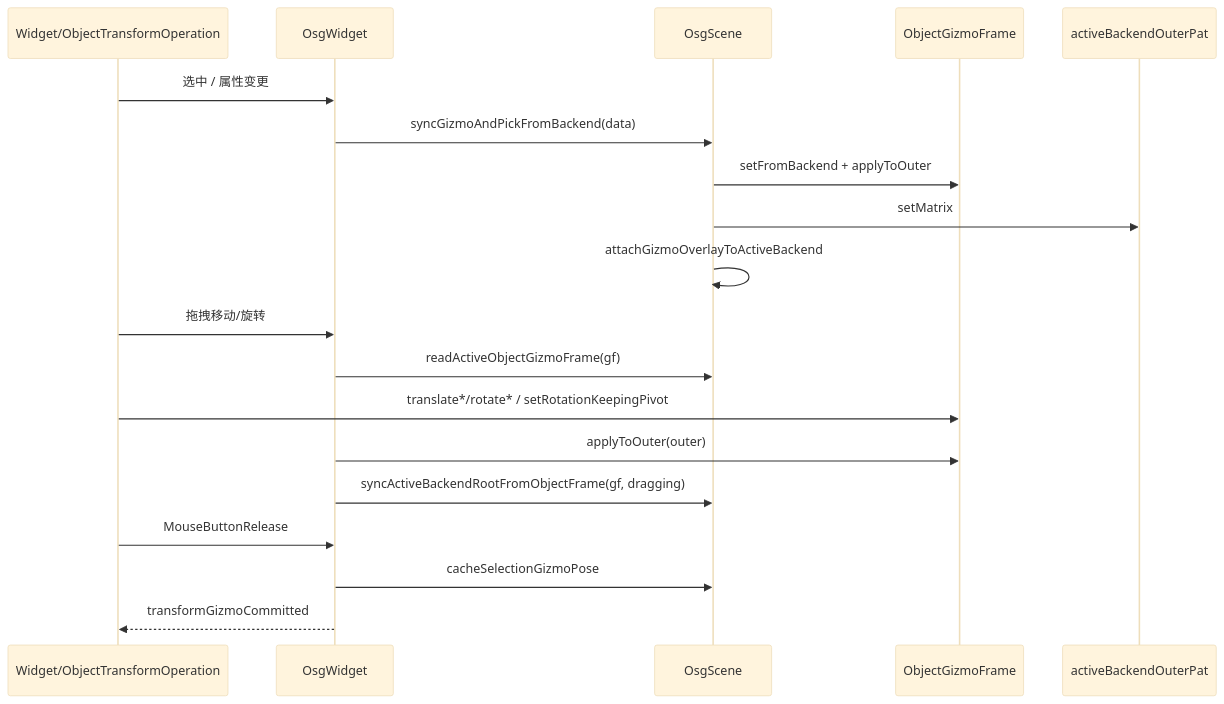
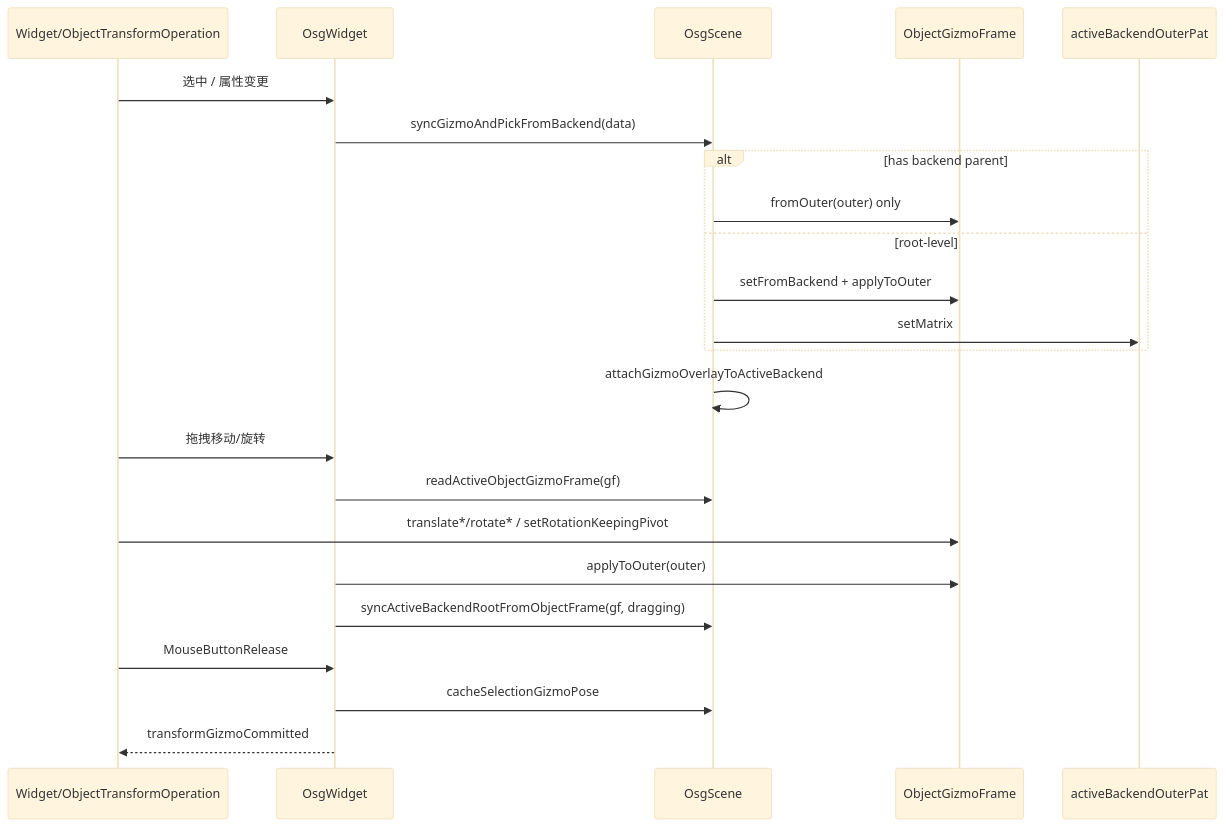
One commit to sanmunejdn/CloudSim changed the third of 4 diagrams in ARCHITECTURE_SUMMARY.md. Above: the diagram before and after it, drawn with Mermaid (base theme). The commit also changed other lines of this file and 3 other files, not shown here.

````diff
--- a/ARCHITECTURE_SUMMARY.md
+++ b/ARCHITECTURE_SUMMARY.md
@@ -309,24 +314,28 @@
 ```mermaid
 sequenceDiagram
     participant UI as Widget/ObjectTransformOperation
     participant OW as OsgWidget
     participant SC as OsgScene
     participant GF as ObjectGizmoFrame
     participant Outer as activeBackendOuterPat
 
     UI->>OW: 选中 / 属性变更
     OW->>SC: syncGizmoAndPickFromBackend(data)
-    SC->>GF: setFromBackend + applyToOuter
-    SC->>Outer: setMatrix
+    alt has backend parent
+        SC->>GF: fromOuter(outer) only
+    else root-level
+        SC->>GF: setFromBackend + applyToOuter
+        SC->>Outer: setMatrix
+    end
     SC->>SC: attachGizmoOverlayToActiveBackend
 
     UI->>OW: 拖拽移动/旋转
     OW->>SC: readActiveObjectGizmoFrame(gf)
     UI->>GF: translate*/rotate* / setRotationKeepingPivot
     OW->>GF: applyToOuter(outer)
     OW->>SC: syncActiveBackendRootFromObjectFrame(gf, dragging)
 
     UI->>OW: MouseButtonRelease
     OW->>SC: cacheSelectionGizmoPose
     OW-->>UI: transformGizmoCommitted
 ```
````
